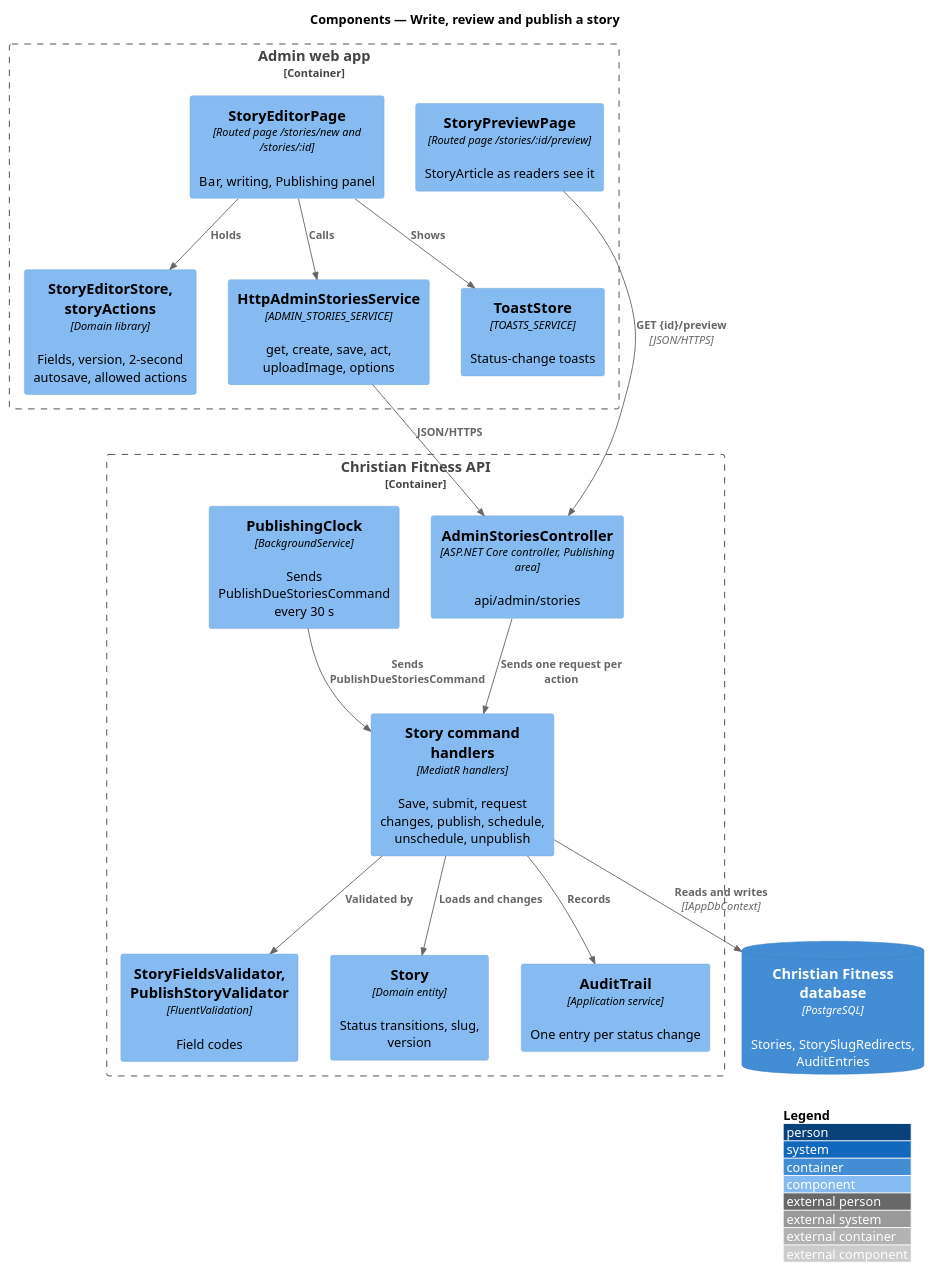
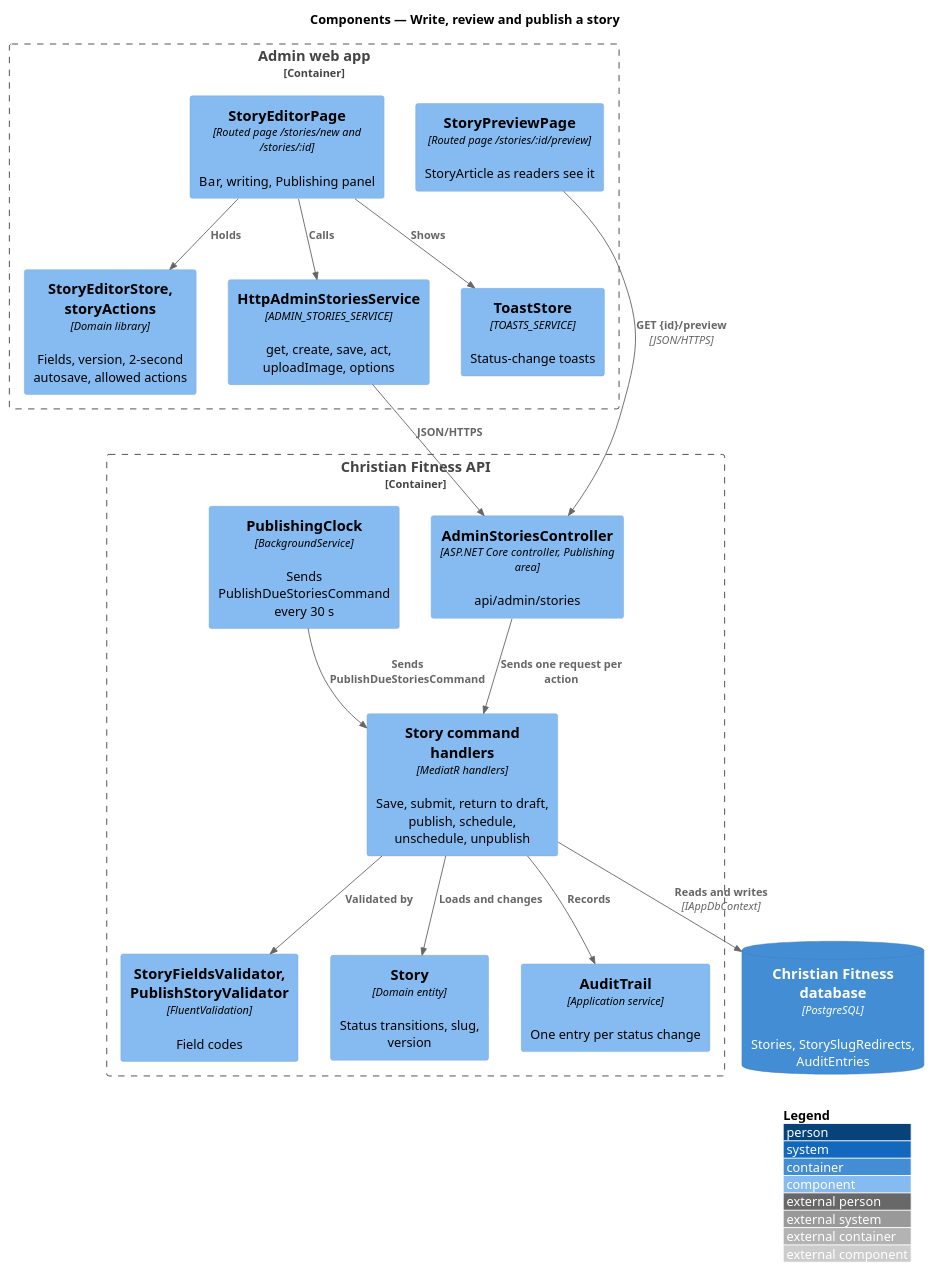
Before and after one commit to QuinntyneBrown/christian-fitness: the diagram in docs/detailed-designs/publishing/write-review-publish-story/diagrams/c4-component.puml, drawn with PlantUML. The commit also changed 40 other files, not shown here.

```diff
--- a/docs/detailed-designs/publishing/write-review-publish-story/diagrams/c4-component.puml
+++ b/docs/detailed-designs/publishing/write-review-publish-story/diagrams/c4-component.puml
@@ -1,33 +1,33 @@
 @startuml
 !include <C4/C4_Component>
 LAYOUT_WITH_LEGEND()
 title Components — Write, review and publish a story
 
 Container_Boundary(adminApp, "Admin web app") {
   Component(page, "StoryEditorPage", "Routed page /stories/new and /stories/:id", "Bar, writing, Publishing panel")
   Component(store, "StoryEditorStore, storyActions", "Domain library", "Fields, version, 2-second autosave, allowed actions")
   Component(client, "HttpAdminStoriesService", "ADMIN_STORIES_SERVICE", "get, create, save, act, uploadImage, options")
   Component(toasts, "ToastStore", "TOASTS_SERVICE", "Status-change toasts")
   Component(preview, "StoryPreviewPage", "Routed page /stories/:id/preview", "StoryArticle as readers see it")
 }
 Container_Boundary(api, "Christian Fitness API") {
   Component(ctrl, "AdminStoriesController", "ASP.NET Core controller, Publishing area", "api/admin/stories")
   Component(val, "StoryFieldsValidator, PublishStoryValidator", "FluentValidation", "Field codes")
-  Component(cmds, "Story command handlers", "MediatR handlers", "Save, submit, request changes, publish, schedule, unschedule, unpublish")
+  Component(cmds, "Story command handlers", "MediatR handlers", "Save, submit, return to draft, publish, schedule, unschedule, unpublish")
   Component(ent, "Story", "Domain entity", "Status transitions, slug, version")
   Component(clock, "PublishingClock", "BackgroundService", "Sends PublishDueStoriesCommand every 30 s")
   Component(audit, "AuditTrail", "Application service", "One entry per status change")
 }
 ContainerDb(db, "Christian Fitness database", "PostgreSQL", "Stories, StorySlugRedirects, AuditEntries")
 Rel(page, store, "Holds")
 Rel(page, client, "Calls")
 Rel(page, toasts, "Shows")
 Rel(client, ctrl, "JSON/HTTPS")
 Rel(preview, ctrl, "GET {id}/preview", "JSON/HTTPS")
 Rel(ctrl, cmds, "Sends one request per action")
 Rel(cmds, val, "Validated by")
 Rel(cmds, ent, "Loads and changes")
 Rel(cmds, audit, "Records")
 Rel(clock, cmds, "Sends PublishDueStoriesCommand")
 Rel(cmds, db, "Reads and writes", "IAppDbContext")
 @enduml
```
